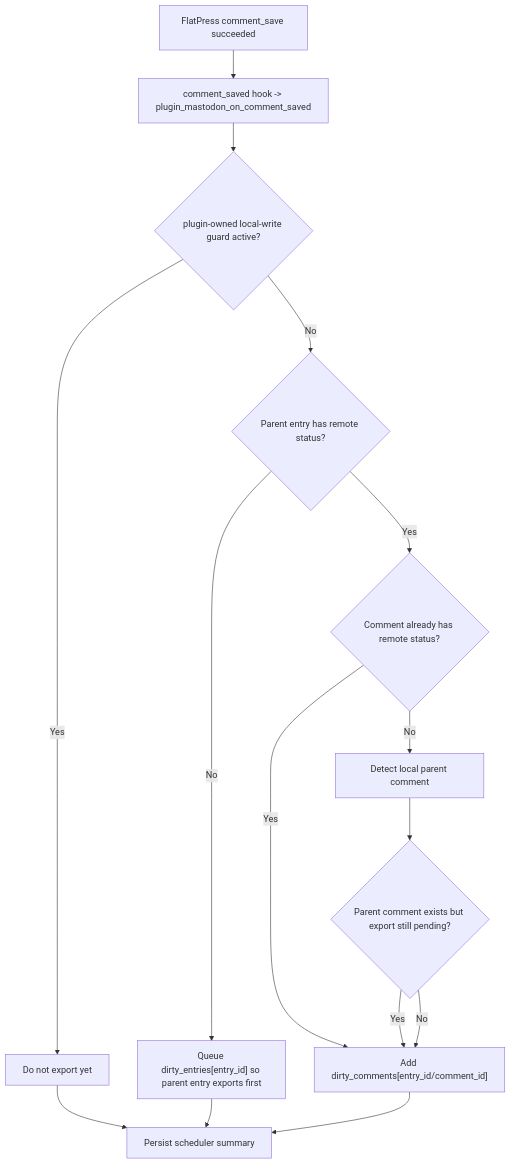
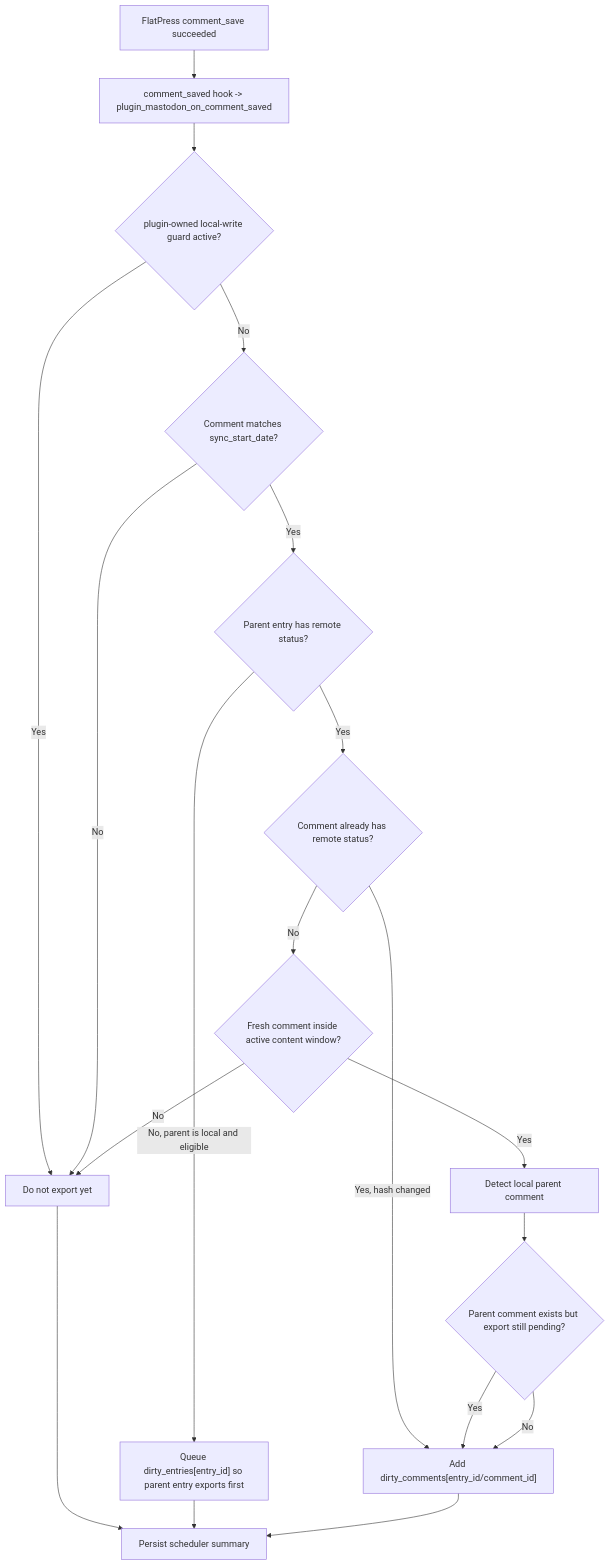
One commit to flatpressblog/flatpress changed the seventh of 42 diagrams in fp-plugins/mastodon/developer-docs/06-Process-Flow.md. Above: the diagram before and after it, drawn with Mermaid. The commit also changed other lines of this file and 25 other files, not shown here.

````diff
--- a/fp-plugins/mastodon/developer-docs/06-Process-Flow.md
+++ b/fp-plugins/mastodon/developer-docs/06-Process-Flow.md
@@ -249,24 +253,30 @@
 ```mermaid
 flowchart TD
     CommentSaved["FlatPress comment_save succeeded"]
     Hook["comment_saved hook -> plugin_mastodon_on_comment_saved"]
     Guard{"plugin-owned local-write guard active?"}
+    SyncStart{"Comment matches sync_start_date?"}
     EntryMapped{"Parent entry has remote status?"}
     CommentMapped{"Comment already has remote status?"}
+    ActiveWindow{"Fresh comment inside active content window?"}
     ParentLocal["Detect local parent comment"]
     ParentPending{"Parent comment exists but export still pending?"}
     DirtyComment["Add dirty_comments[entry_id/comment_id]"]
     DirtyEntry["Queue dirty_entries[entry_id] so parent entry exports first"]
     NoExport["Do not export yet"]
     Persist["Persist scheduler summary"]
 
     CommentSaved --> Hook --> Guard
     Guard -- "Yes" --> NoExport --> Persist
-    Guard -- "No" --> EntryMapped
-    EntryMapped -- "No" --> DirtyEntry --> Persist
+    Guard -- "No" --> SyncStart
+    SyncStart -- "No" --> NoExport
+    SyncStart -- "Yes" --> EntryMapped
+    EntryMapped -- "No, parent is local and eligible" --> DirtyEntry --> Persist
     EntryMapped -- "Yes" --> CommentMapped
-    CommentMapped -- "Yes" --> DirtyComment --> Persist
-    CommentMapped -- "No" --> ParentLocal --> ParentPending
+    CommentMapped -- "Yes, hash changed" --> DirtyComment --> Persist
+    CommentMapped -- "No" --> ActiveWindow
+    ActiveWindow -- "No" --> NoExport
+    ActiveWindow -- "Yes" --> ParentLocal --> ParentPending
     ParentPending -- "Yes" --> DirtyComment
     ParentPending -- "No" --> DirtyComment
 ```
````
